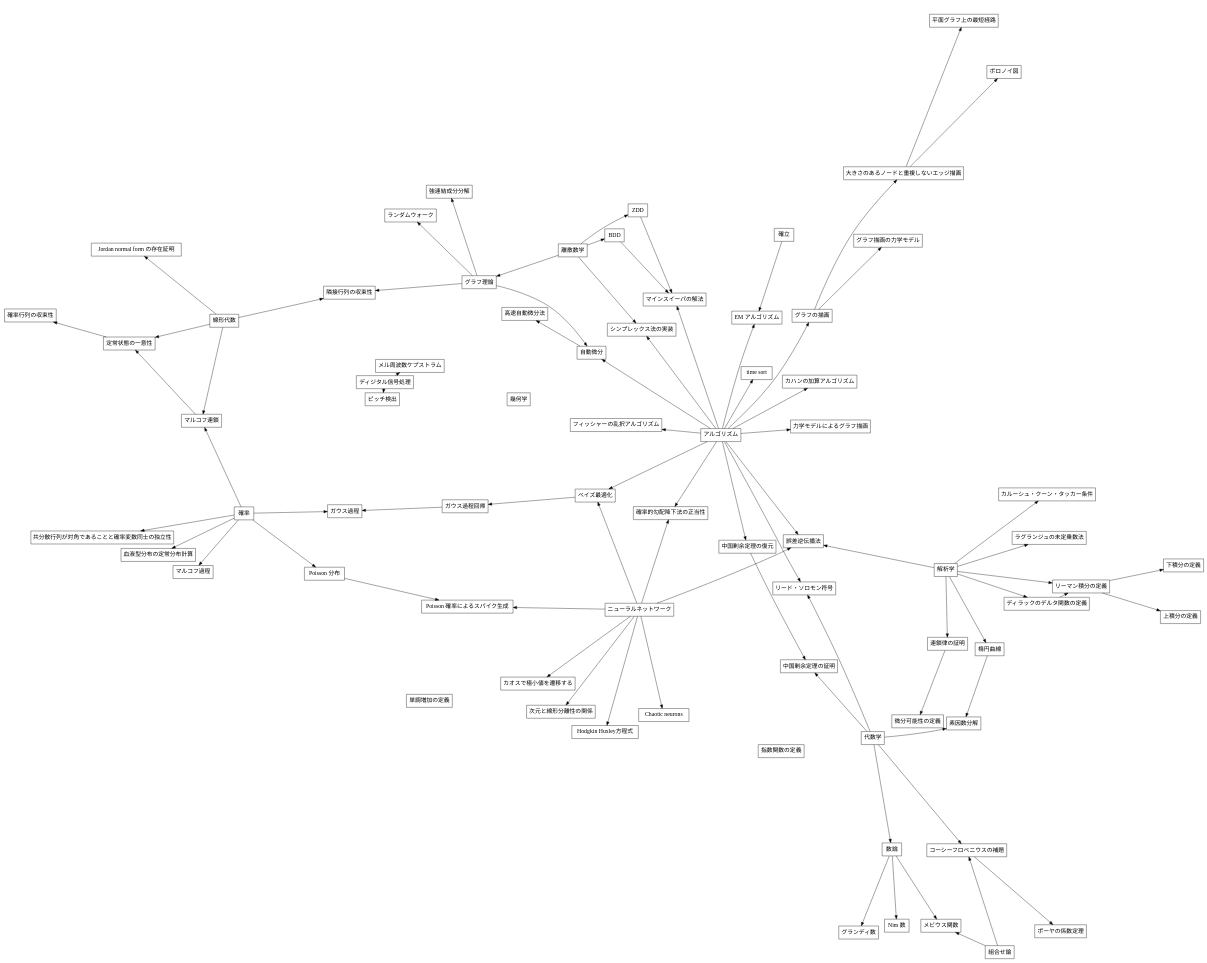
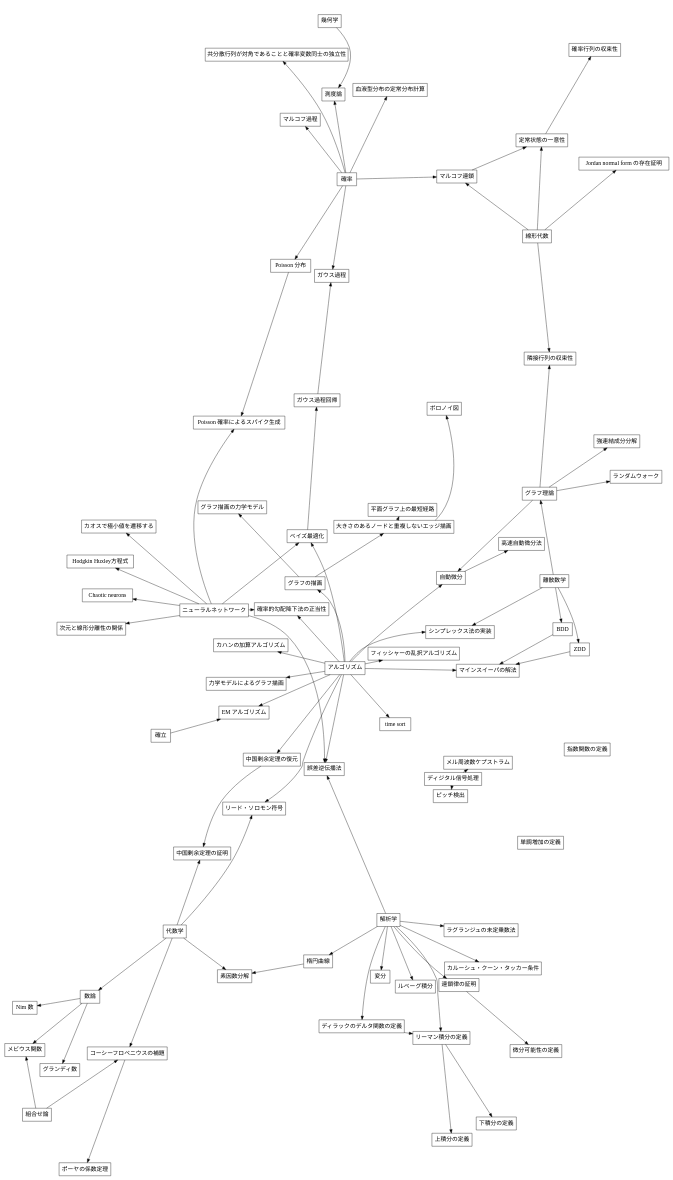
One commit to muushi97/notes changed the diagram in todo/master.dot. Above: the diagram before and after it, drawn with Graphviz. The commit also changed 9 other files, not shown here.

```diff
--- a/todo/master.dot
+++ b/todo/master.dot
@@ -1,179 +1,186 @@
 digraph graph_name {
   graph [
     charset = "UTF-8";
     label = "todo",
     labelloc = "t",
     labeljust = "c",
     bgcolor = "#ffffff",
     fontcolor = white,
     fontsize = 18,
     style = "filled",
     rankdir = TB,
     margin = 0.2,
     splines = spline,
     ranksep = 1.0,
     nodesep = 0.9,
     //layout = dot
     layout = fdp
   ];
 
   node [
     colorscheme = "rdylgn11"
     style = "solid,filled",
     shape = box,
     fontsize = 16,
     fontcolor = black,
     fontname = "Migu 1M",
     color = black,
     fillcolor = white,
   ];
 
 
   // edge define
   "ニューラルネットワーク";
   "解析学"
   "代数学";
   "幾何学";
   "線形代数";
   "確率";
   "組合せ論";
   "離散数学";
   "ディジタル信号処理";
   { "離散数学" } -> "グラフ理論";
   { "代数学" } -> "数論";
   "アルゴリズム";
 
   "単調増加の定義";
   "指数関数の定義";
 
   { "解析学" }                          -> "連鎖律の証明";
 
   { "連鎖律の証明" }                    -> "微分可能性の定義";
 
   { "解析学" }                          -> "ディラックのデルタ関数の定義";
 
   { "解析学";
     "ディラックのデルタ関数の定義" }    -> "リーマン積分の定義";
 
   { "リーマン積分の定義" }              -> "上積分の定義";
 
   { "リーマン積分の定義" }              -> "下積分の定義";
 
   { "確率" }                            -> "マルコフ過程";
 
   { "確率" }                            -> "Poisson 分布";
 
   { "確率" }                            -> "共分散行列が対角であることと確率変数同士の独立性";
 
   { "確率" }                            -> "血液型分布の定常分布計算";
 
   { "ベイズ最適化" }                    -> "ガウス過程回帰";
 
   { "確率";
     "ガウス過程回帰" }                  -> "ガウス過程";
 
   { "グラフ理論";
     "線形代数" }                        -> "隣接行列の収束性";
 
   { "線形代数" }                        -> "Jordan normal form の存在証明";
 
   { "線形代数";
     "確率" }                            -> "マルコフ連鎖";
 
   { "マルコフ連鎖";
     "線形代数" }                        -> "定常状態の一意性";
 
   { "定常状態の一意性" }                -> "確率行列の収束性";
 
   { "アルゴリズム" }                    -> "中国剰余定理の復元";
 
   { "代数学";
     "中国剰余定理の復元" }              -> "中国剰余定理の証明";
 
   { "ニューラルネットワーク" }          -> "Hodgkin Huxley方程式";
 
   { "ニューラルネットワーク";
     "アルゴリズム" }                    -> "確率的勾配降下法の正当性";
 
   { "ニューラルネットワーク";
     "Poisson 分布" }                    -> "Poisson 確率によるスパイク生成";
 
   { "ニューラルネットワーク" }          -> "次元と線形分離性の関係";
 
   { "ニューラルネットワーク" }          -> "Chaotic neurons";
 
   { "ニューラルネットワーク";
     "アルゴリズム" }                    -> "ベイズ最適化";
 
   { "ニューラルネットワーク" }          -> "カオスで極小値を遷移する";
   // ホップフィールドモデルだとエネルギー関数の極小値に記憶がうめこまれる
   // カオスニューラルネットのひとつがホップフィールドネットワークで、海馬でもカオスがみられてる
   // カオスんニューラルネットワークならうまくやればエネルギーの極小値にしばらく留まってから別の極小値へ遷移するようになる
   // これを利用すればネットワークが記憶した内容をとりだせる
 
 
   { "アルゴリズム" }                    -> "フィッシャーの乱択アルゴリズム";
 
   { "アルゴリズム" }                    -> "カハンの加算アルゴリズム";
 
   { "アルゴリズム";
     "離散数学" }                        -> "シンプレックス法の実装";
 
   { "アルゴリズム" }                    -> "力学モデルによるグラフ描画";
 
   { "アルゴリズム" }                    -> "グラフの描画";
   { "グラフの描画" }                    -> "グラフ描画の力学モデル";
 
   { "グラフの描画" }                    -> "大きさのあるノードと重複しないエッジ描画";
   { "大きさのあるノードと重複しないエッジ描画" } -> "ボロノイ図";
   { "大きさのあるノードと重複しないエッジ描画" } -> "平面グラフ上の最短経路";
 
   { "ニューラルネットワーク";
     "解析学";
     "アルゴリズム" }                    -> "誤差逆伝播法";
 
   { "代数学";
     "アルゴリズム" }                    -> "リード・ソロモン符号";
 
   { "代数学";
     "組合せ論" }                        -> "コーシーフロベニウスの補題";
 
   { "コーシーフロベニウスの補題" }      -> "ポーヤの係数定理";
 
   { "グラフ理論" }                      -> "強連結成分分解";
 
   { "グラフ理論" }                      -> "ランダムウォーク";
 
   { "数論";
     "組合せ論" }                        -> "メビウス関数";
 
   { "アルゴリズム";
     "グラフ理論" }                      -> "自動微分";
 
   { "自動微分" }                        -> "高速自動微分法";
 
   { "アルゴリズム";
     "確立" }                            -> "EM アルゴリズム";
 
   { "アルゴリズム" }                    -> "time sort";
 
   { "数論" }                            -> "グランディ数";
   { "数論" }                            -> "Nim 数";
 
   { "離散数学" }                        -> "BDD";
   { "離散数学" }                        -> "ZDD";
 
   { "BDD";
     "ZDD"; 
     "アルゴリズム" }                    -> "マインスイーパの解法";
 
   { "ディジタル信号処理"; }             -> "メル周波数ケプストラム";
   { "ディジタル信号処理"; }             -> "ピッチ検出";
 
   { "解析学"; }                         -> "ラグランジュの未定乗数法";
   { "解析学"; }                         -> "カルーシュ・クーン・タッカー条件";
 
   { "解析学"; }                         -> "楕円曲線";
   { "楕円曲線";
     "代数学"; }                         -> "素因数分解";
+
+  { "確率";
+    "幾何学"; }                         -> "測度論";
+
+  { "解析学"; }                         -> "ルベーグ積分";
+
+  { "解析学"; }                         -> "変分"; //?
 }
```
